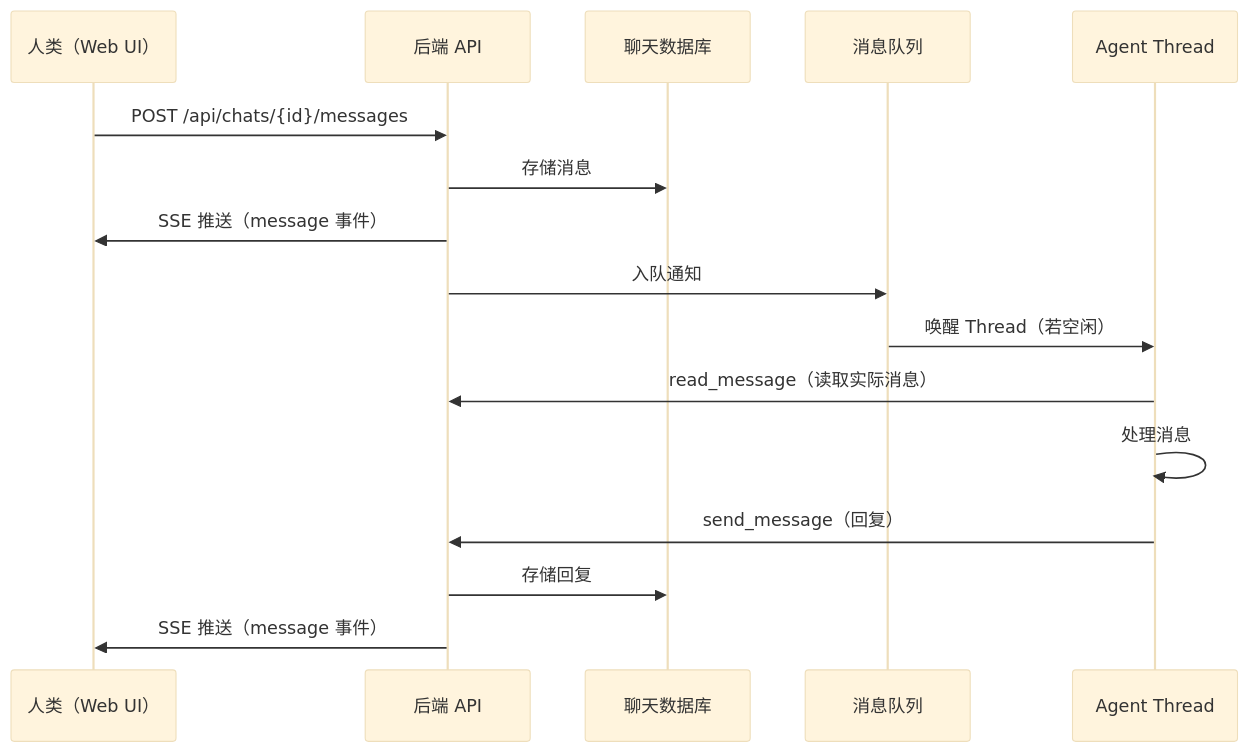
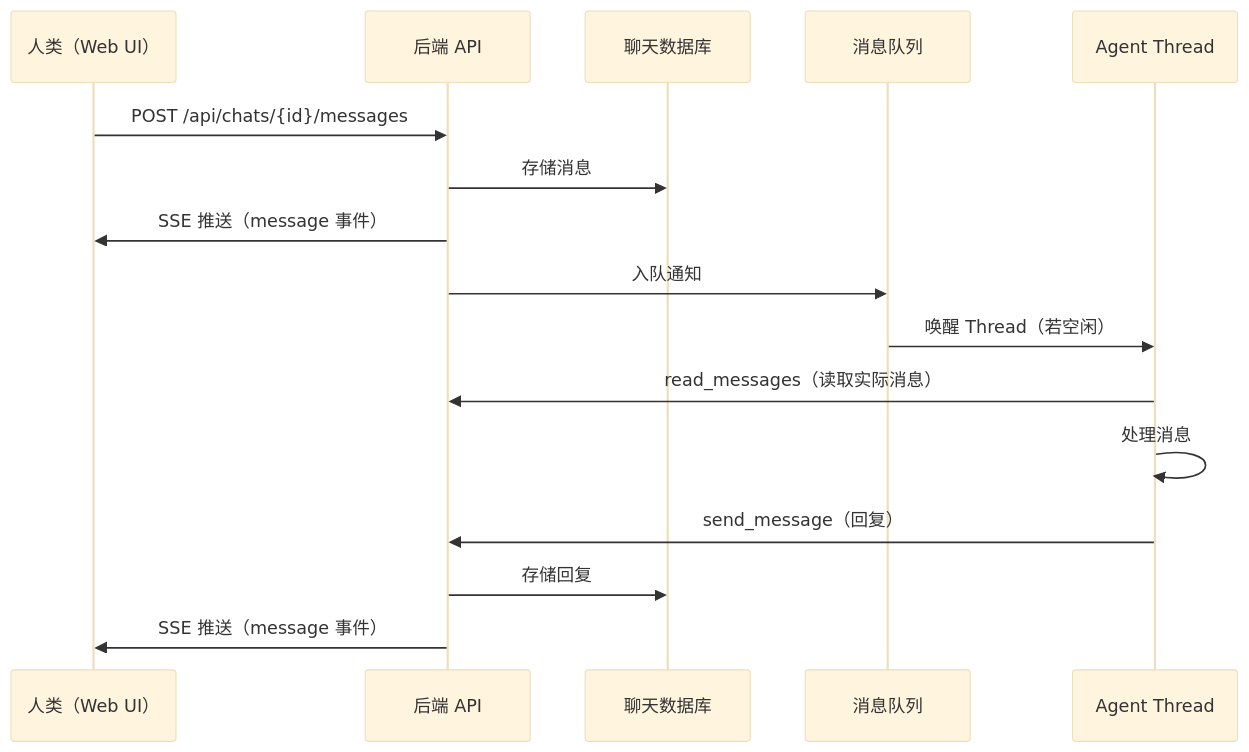
Before and after one commit to OpenDCAI/Mycel: the second of 2 diagrams in docs/zh/multi-agent-chat.mdx, drawn with Mermaid (base theme). The commit also changed other lines of this file and 14 other files, not shown here.

````diff
--- a/docs/zh/multi-agent-chat.mdx
+++ b/docs/zh/multi-agent-chat.mdx
@@ -110,19 +101,19 @@
 ```mermaid
 sequenceDiagram
     participant H as 人类（Web UI）
     participant API as 后端 API
     participant DB as 聊天数据库
     participant Q as 消息队列
     participant T as Agent Thread
 
     H->>API: POST /api/chats/{id}/messages
     API->>DB: 存储消息
     API->>H: SSE 推送（message 事件）
     API->>Q: 入队通知
     Q->>T: 唤醒 Thread（若空闲）
-    T->>API: read_message（读取实际消息）
+    T->>API: read_messages（读取实际消息）
     T->>T: 处理消息
     T->>API: send_message（回复）
     API->>DB: 存储回复
     API->>H: SSE 推送（message 事件）
 ```
````
